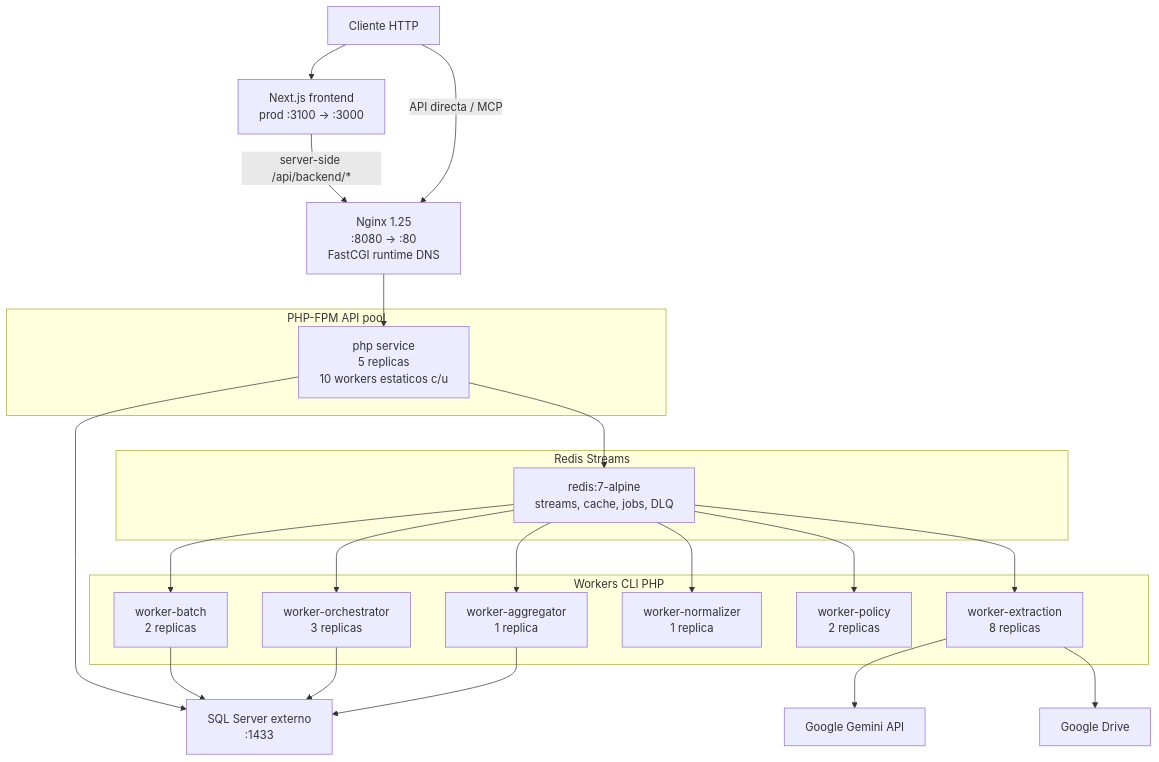
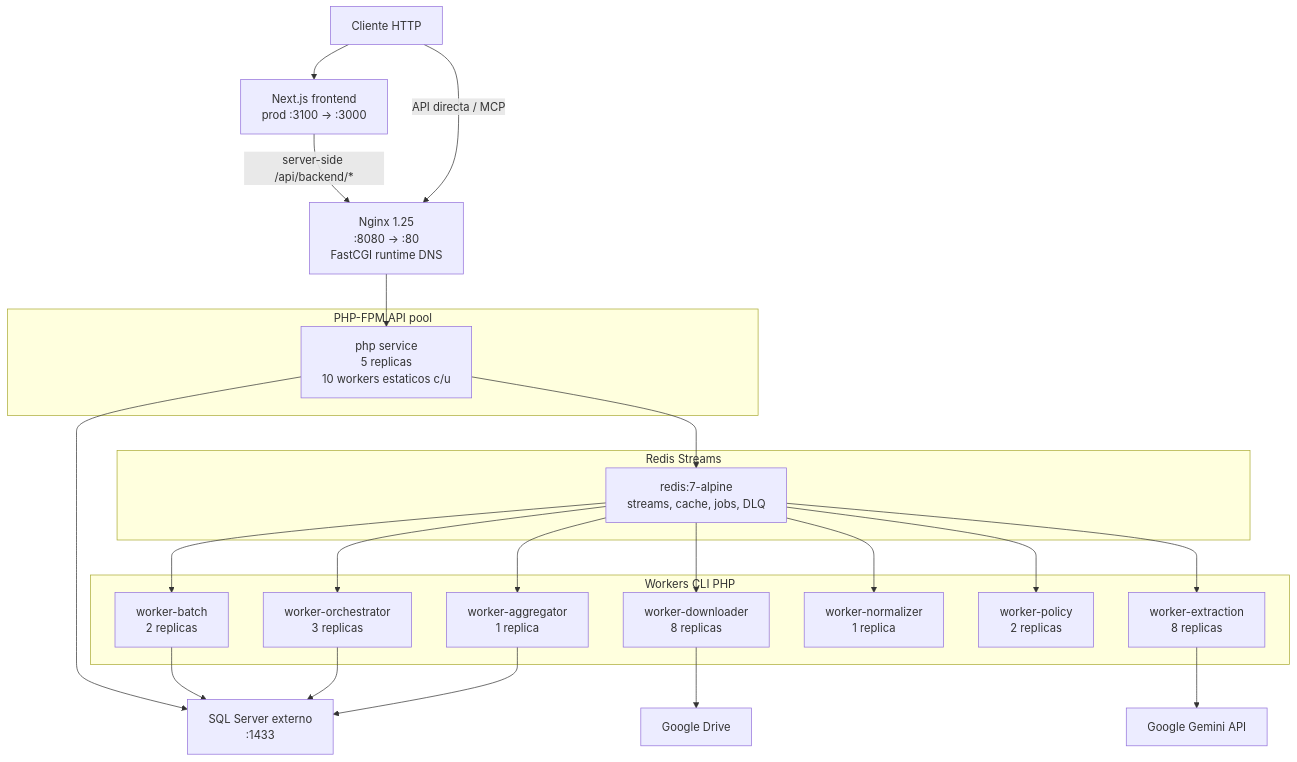
One commit to jfrem/AudFact changed the diagram in plans/high-availability.md. Above: the diagram before and after it, drawn with Mermaid. The commit also changed other lines of this file and 30 other files, not shown here.

````diff
--- a/plans/high-availability.md
+++ b/plans/high-availability.md
@@ -11,45 +11,47 @@
 ```mermaid
 graph TB
     Client["Cliente HTTP"]
     Front["Next.js frontend<br/>prod :3100 -> :3000"]
     Nginx["Nginx 1.25<br/>:8080 -> :80<br/>FastCGI runtime DNS"]
 
     subgraph PHPPool["PHP-FPM API pool"]
         PHP["php service<br/>5 replicas<br/>10 workers estaticos c/u"]
     end
 
     subgraph RedisLayer["Redis Streams"]
         Redis["redis:7-alpine<br/>streams, cache, jobs, DLQ"]
     end
 
     subgraph Workers["Workers CLI PHP"]
         Batch["worker-batch<br/>2 replicas"]
         Orchestrator["worker-orchestrator<br/>3 replicas"]
+        Downloader["worker-downloader<br/>8 replicas"]
         Extraction["worker-extraction<br/>8 replicas"]
         Normalizer["worker-normalizer<br/>1 replica"]
         Policy["worker-policy<br/>2 replicas"]
         Aggregator["worker-aggregator<br/>1 replica"]
     end
 
     SQLSRV["SQL Server externo<br/>:1433"]
     Gemini["Google Gemini API"]
     Drive["Google Drive"]
 
     Client --> Front
     Front -->|"server-side /api/backend/*"| Nginx
     Client -->|"API directa / MCP"| Nginx
     Nginx --> PHP
     PHP --> SQLSRV
     PHP --> Redis
     Redis --> Batch
     Redis --> Orchestrator
+    Redis --> Downloader
     Redis --> Extraction
     Redis --> Normalizer
     Redis --> Policy
     Redis --> Aggregator
     Batch --> SQLSRV
     Orchestrator --> SQLSRV
+    Downloader --> Drive
     Extraction --> Gemini
-    Extraction --> Drive
     Aggregator --> SQLSRV
 ```
````
